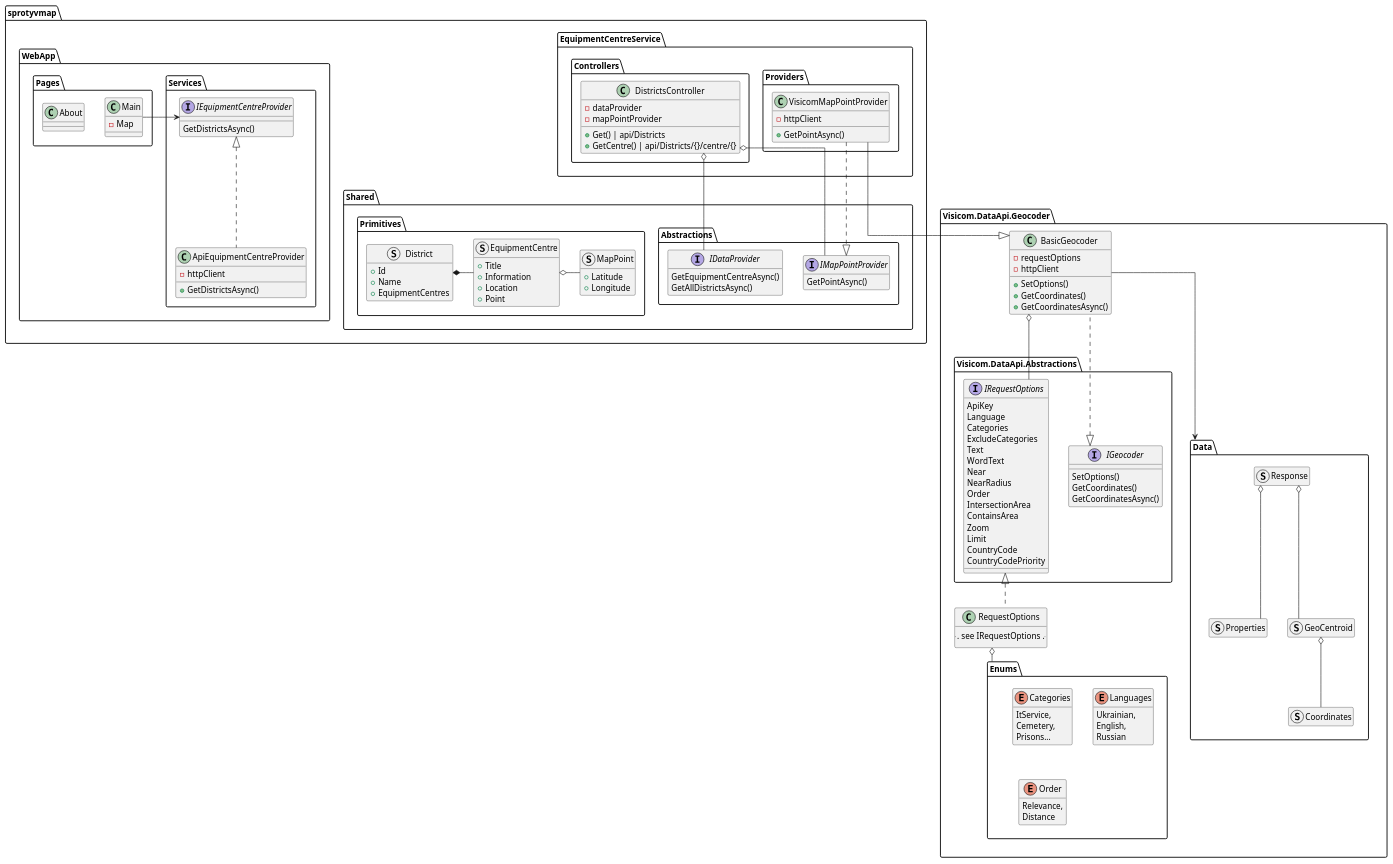
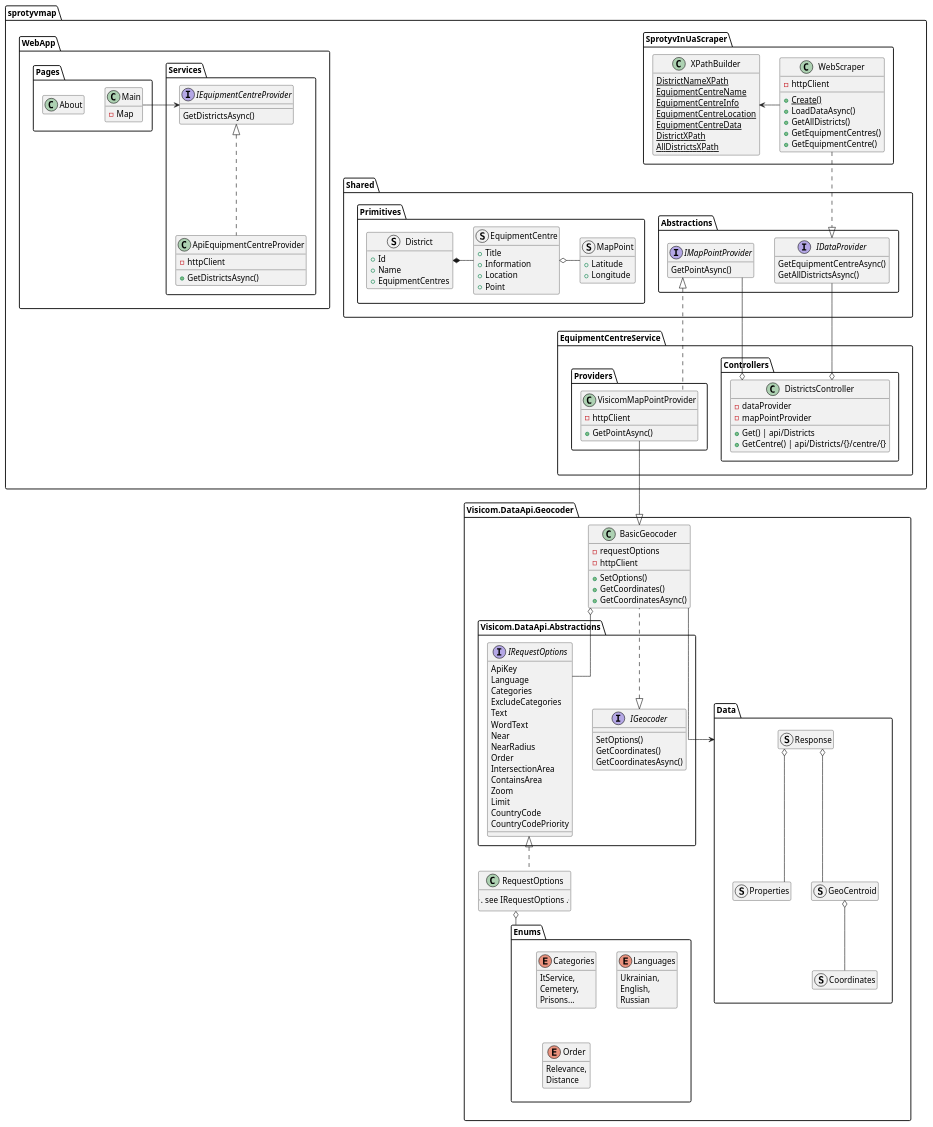
Before and after one commit to WhatTheTea/sprotyvmap: the diagram in docs/sprotyvmap.puml, drawn with PlantUML. The commit also changed 2 other files, not shown here.

```diff
--- a/docs/sprotyvmap.puml
+++ b/docs/sprotyvmap.puml
@@ -54,8 +54,8 @@
                 +Get() | api/Districts
                 +GetCentre() | api/Districts/{}/centre/{}
             }
-            DistrictsController o-- IDataProvider
-            DistrictsController o- IMapPointProvider
+            IDataProvider --o DistrictsController
+            IMapPointProvider --o DistrictsController
         }
         package Providers
         {
@@ -64,9 +64,34 @@
                 -httpClient
                 +GetPointAsync()
             }
-            VisicomMapPointProvider ..|> IMapPointProvider
+            IMapPointProvider <|.. VisicomMapPointProvider
         }
 
+    }
+    package SprotyvInUaScraper
+    {
+        class WebScraper
+        {
+            -httpClient
+            +{static}Create()
+            +LoadDataAsync()
+            +GetAllDistricts()
+            +GetEquipmentCentres()
+            +GetEquipmentCentre()
+        }
+        WebScraper ..|> IDataProvider
+        class XPathBuilder
+        {
+            {static} DistrictNameXPath
+            {static} EquipmentCentreName
+            {static} EquipmentCentreInfo
+            {static} EquipmentCentreLocation
+            {static} EquipmentCentreData
+            {static} DistrictXPath
+            {static} AllDistrictsXPath
+        }
+        hide XPathBuilder methods
+        XPathBuilder <- WebScraper
     }
     package WebApp
     {
@@ -86,10 +111,14 @@
         package Pages
         {
             class About
+            {
+            }
+            hide About members
             class Main
             {
                 -Map
             }
+            hide Main methods
         }
         Main -left-> IEquipmentCentreProvider
     }
```
